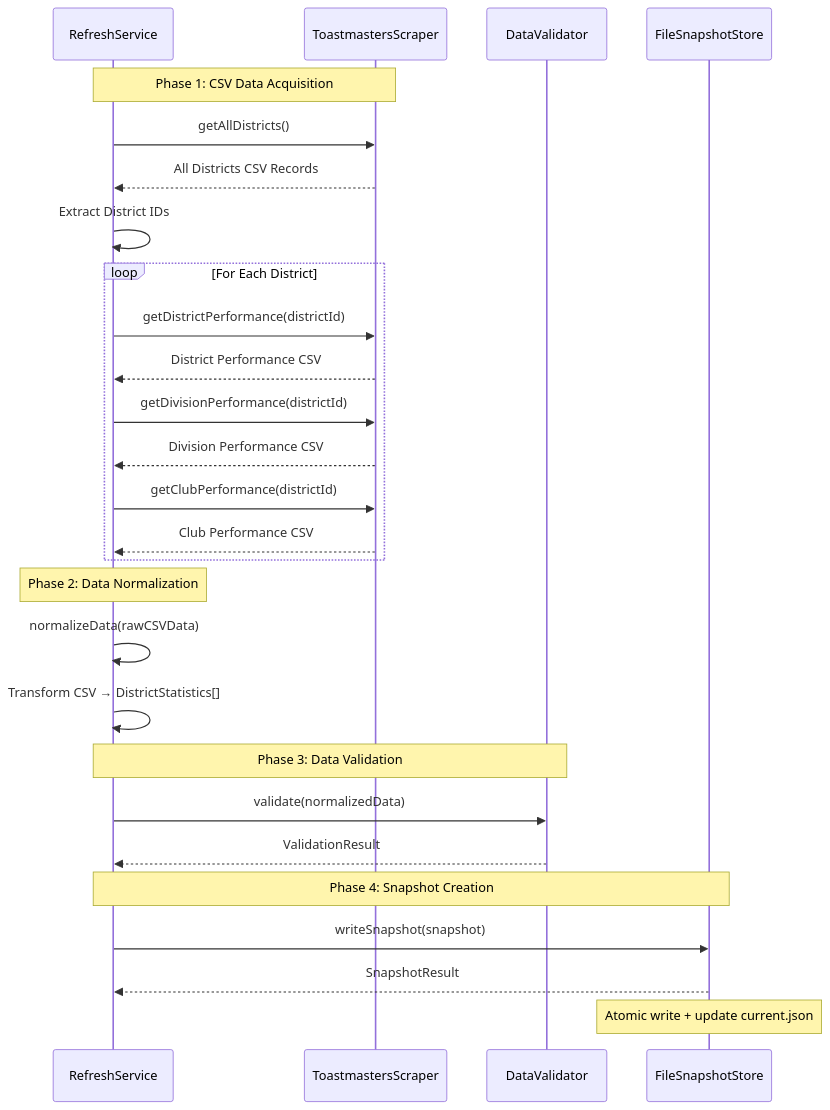
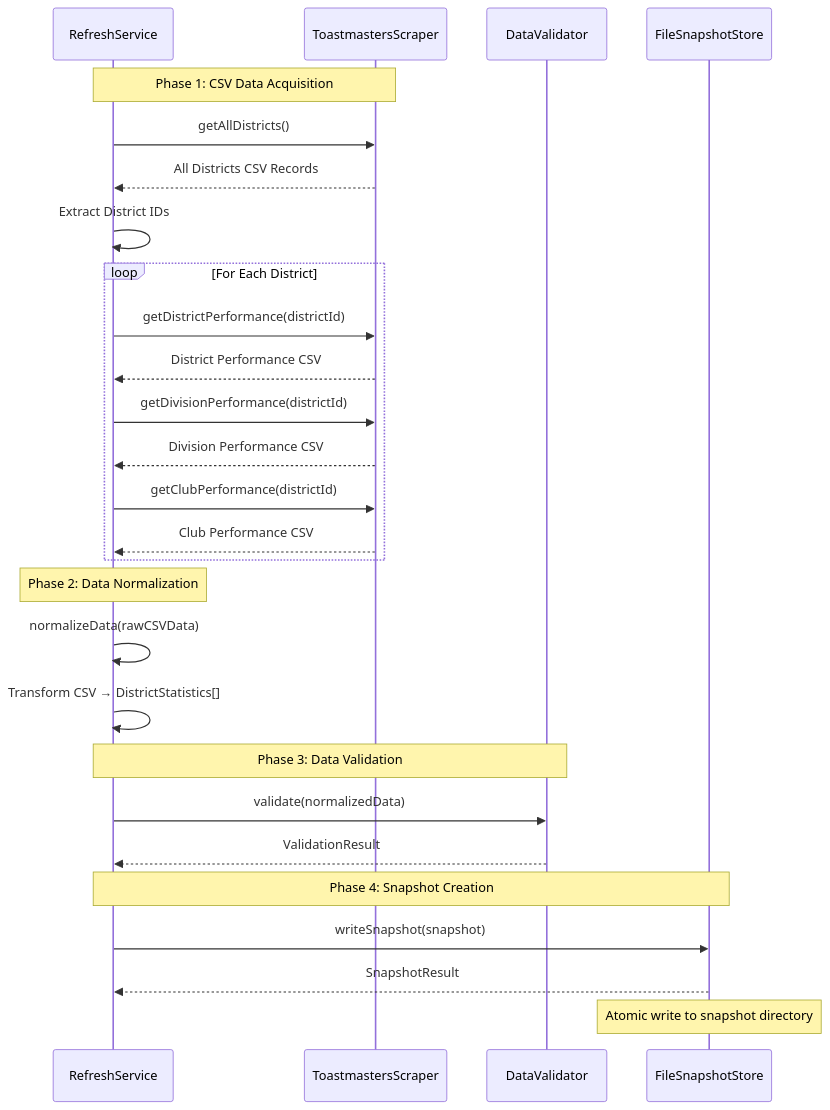
One commit to rservant/toast-stats changed the third of 3 diagrams in docs/BACKEND_ARCHITECTURE.md. Above: the diagram before and after it, drawn with Mermaid. The commit also changed other lines of this file and 47 other files, not shown here.

````diff
--- a/docs/BACKEND_ARCHITECTURE.md
+++ b/docs/BACKEND_ARCHITECTURE.md
@@ -327,36 +324,36 @@
 ```mermaid
 sequenceDiagram
     participant RS as RefreshService
     participant TS as ToastmastersScraper
     participant DV as DataValidator
     participant FSS as FileSnapshotStore
 
     Note over RS,TS: Phase 1: CSV Data Acquisition
     RS->>TS: getAllDistricts()
     TS-->>RS: All Districts CSV Records
 
     RS->>RS: Extract District IDs
 
     loop For Each District
         RS->>TS: getDistrictPerformance(districtId)
         TS-->>RS: District Performance CSV
         RS->>TS: getDivisionPerformance(districtId)
         TS-->>RS: Division Performance CSV
         RS->>TS: getClubPerformance(districtId)
         TS-->>RS: Club Performance CSV
     end
 
     Note over RS: Phase 2: Data Normalization
     RS->>RS: normalizeData(rawCSVData)
     RS->>RS: Transform CSV → DistrictStatistics[]
 
     Note over RS,DV: Phase 3: Data Validation
     RS->>DV: validate(normalizedData)
     DV-->>RS: ValidationResult
 
     Note over RS,FSS: Phase 4: Snapshot Creation
     RS->>FSS: writeSnapshot(snapshot)
     FSS-->>RS: SnapshotResult
 
-    Note over FSS: Atomic write + update current.json
+    Note over FSS: Atomic write to snapshot directory
 ```
````
